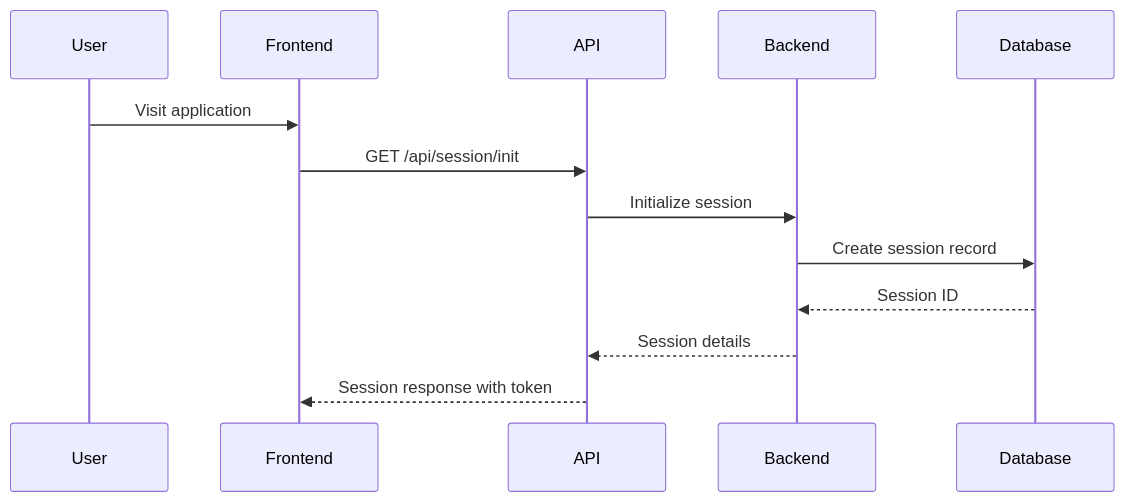
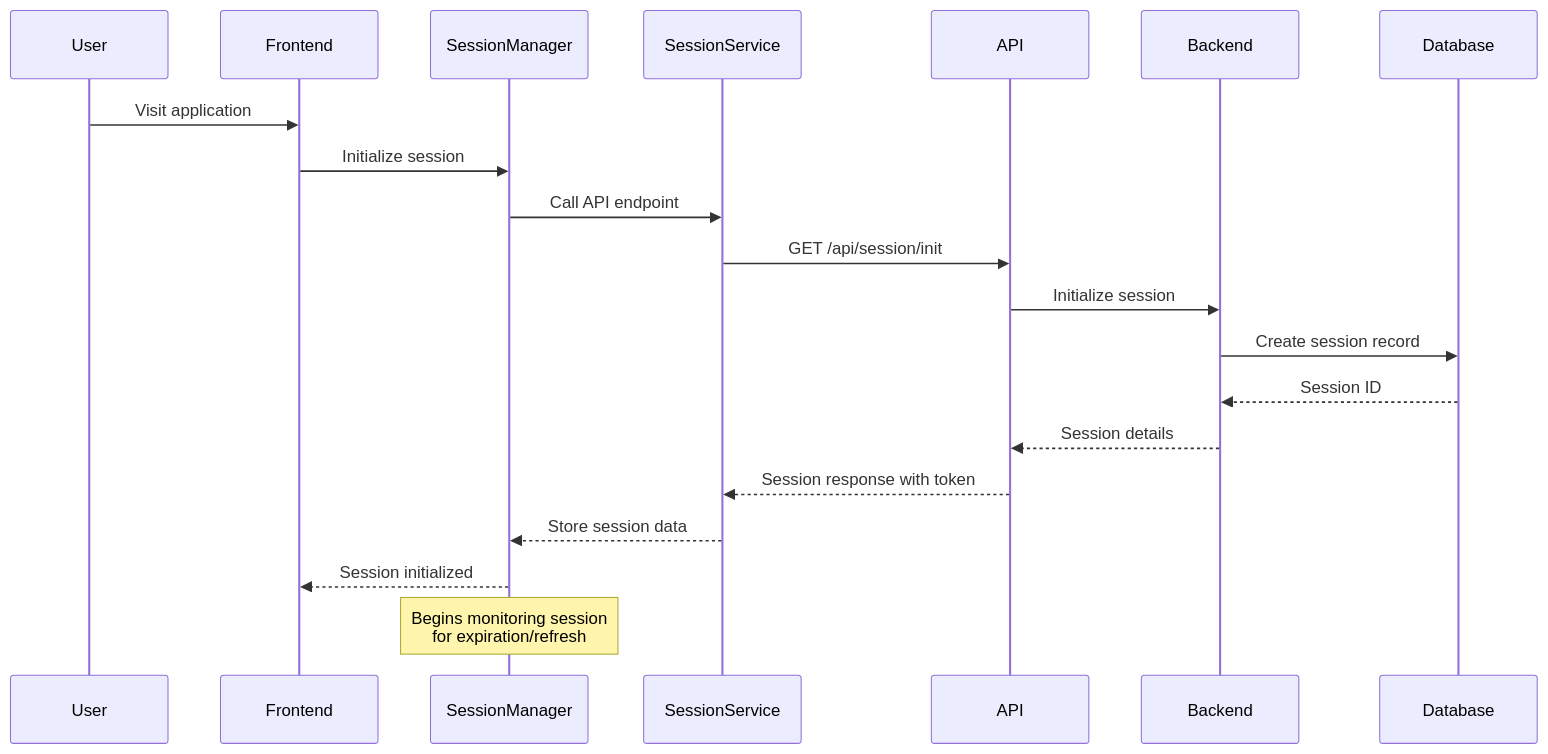
Before and after one commit to Victordtesla24/containerised-birth-time-rectifier: the first of 3 diagrams in user_docs/api_integration_strategy.md, drawn with Mermaid. The commit also changed other lines of this file and 691 other files, not shown here.

Commit message:
Major Upate: Rebuilt the API Architecture into a unified & comprehensive API Gateway, rebuilt testing to use real data instead of mockups and fallbacks, currently in testing

````diff
--- a/user_docs/api_integration_strategy.md
+++ b/user_docs/api_integration_strategy.md
@@ -54,10 +86,15 @@
 ```mermaid
 sequenceDiagram
     User->>Frontend: Visit application
-    Frontend->>API: GET /api/session/init
+    Frontend->>SessionManager: Initialize session
+    SessionManager->>SessionService: Call API endpoint
+    SessionService->>API: GET /api/session/init
     API->>Backend: Initialize session
     Backend->>Database: Create session record
     Database-->>Backend: Session ID
     Backend-->>API: Session details
-    API-->>Frontend: Session response with token
+    API-->>SessionService: Session response with token
+    SessionService-->>SessionManager: Store session data
+    SessionManager-->>Frontend: Session initialized
+    Note over SessionManager: Begins monitoring session<br/>for expiration/refresh
 ```
````
